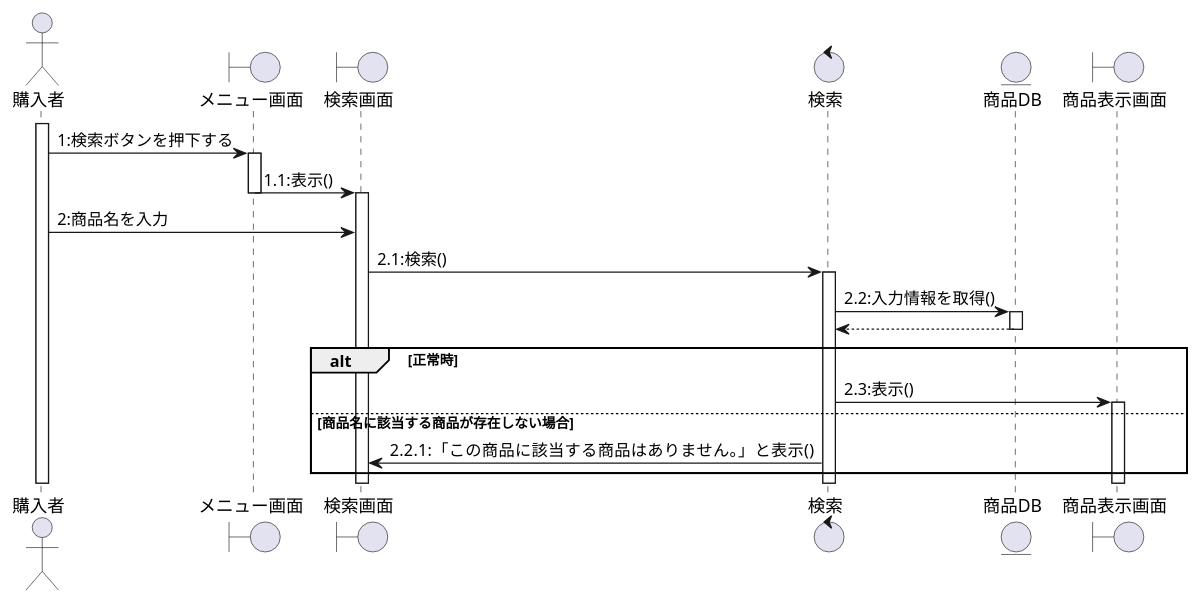
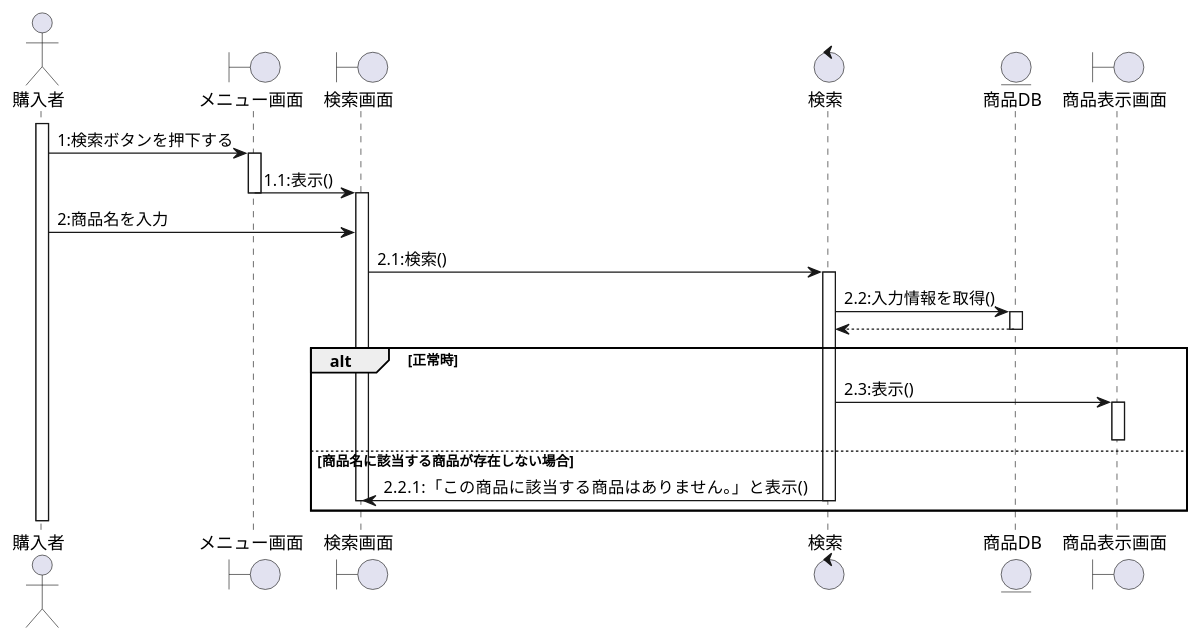
The diagram in シーケンス/シーケンス_購入者/商品検索.puml (T-kouki/local-vege-link), drawn with PlantUML before and after one commit. The commit also changed 9 other files, not shown here.

```diff
--- a/シーケンス/シーケンス_購入者/商品検索.puml
+++ b/シーケンス/シーケンス_購入者/商品検索.puml
@@ -1,29 +1,33 @@
 @startuml
 
 actor 購入者
 boundary メニュー画面
 boundary 検索画面
 control 検索
 entity 商品DB
 boundary 商品表示画面
 
 activate 購入者
 購入者 -> メニュー画面: 1:検索ボタンを押下する
 activate メニュー画面
 メニュー画面 -> 検索画面: 1.1:表示()
 deactivate メニュー画面
 activate 検索画面
 購入者 -> 検索画面 : 2:商品名を入力
 検索画面 -> 検索 :2.1:検索()
 activate 検索
 検索 -> 商品DB:2.2:入力情報を取得()
 activate 商品DB
 商品DB --> 検索:
 deactivate 商品DB
 alt 正常時
     検索 -> 商品表示画面: 2.3:表示()
     activate 商品表示画面
+    deactivate 商品表示画面
 else 商品名に該当する商品が存在しない場合
     検索 -> 検索画面:2.2.1:「この商品に該当する商品はありません。」と表示()
+    deactivate 検索画面
+    deactivate 検索
+
 end
 @enduml
```
